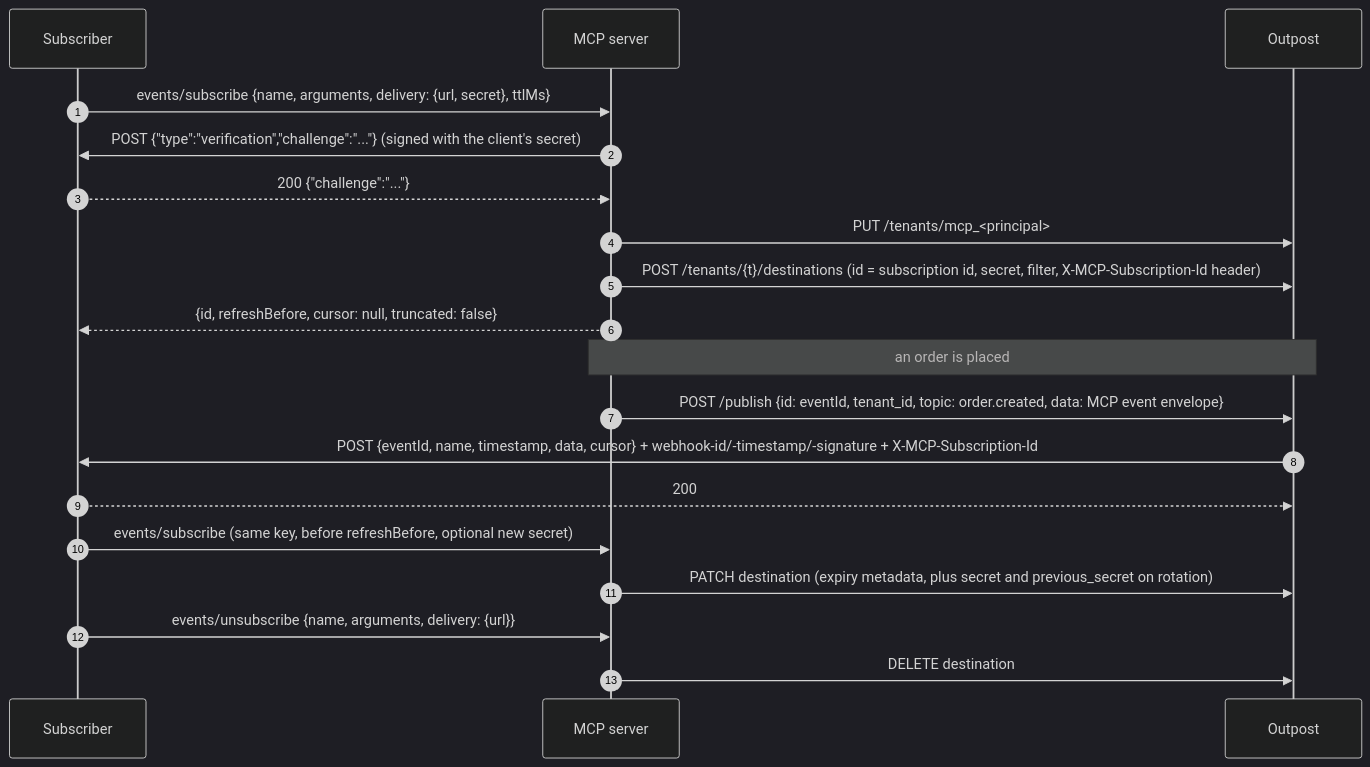
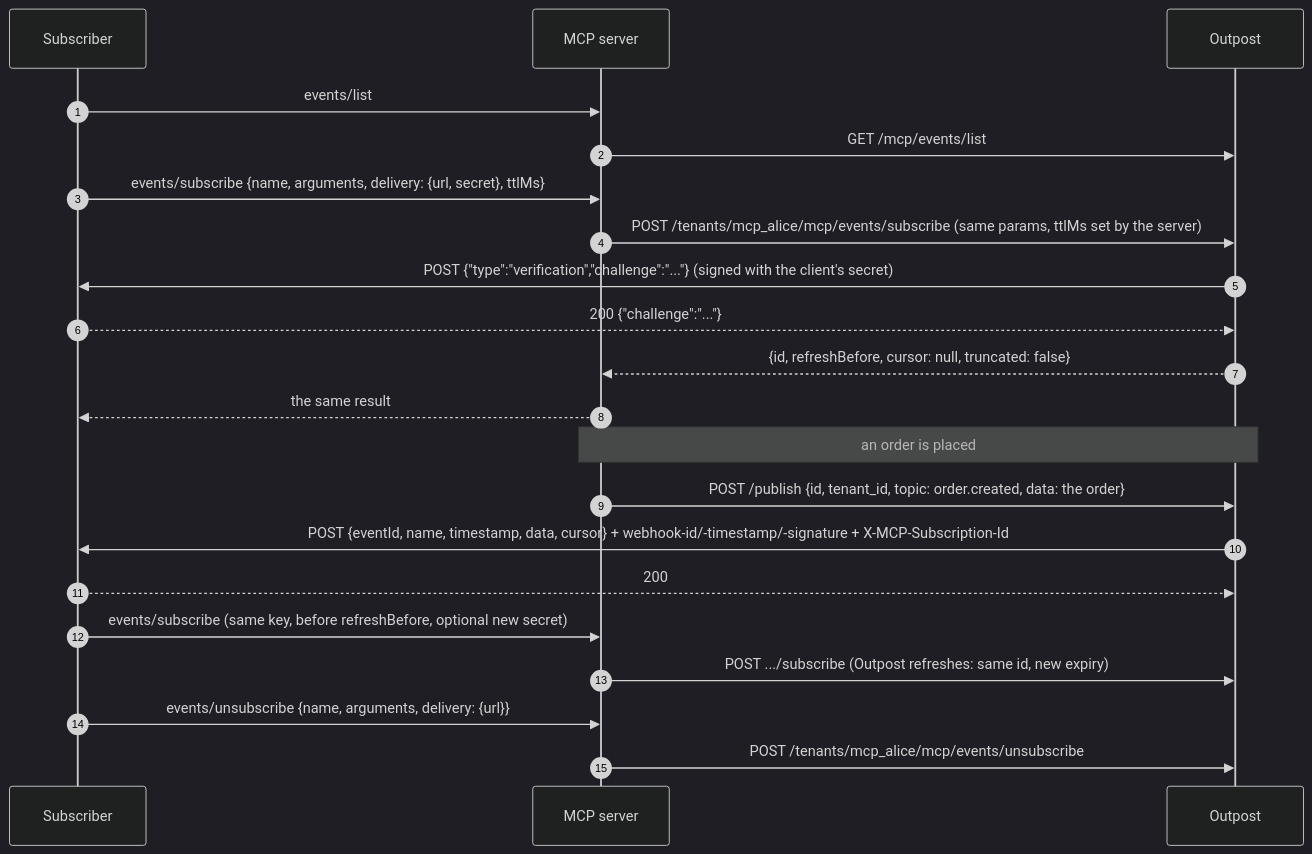
The second of 2 diagrams in README.md (hookdeck/mcp-events-outpost-demo), drawn with Mermaid (dark theme) before and after one commit. The commit also changed other lines of this file and 1 other file, not shown here.

First line of the commit message:
docs: describe the native Outpost MCP Events flow

````diff
--- a/README.md
+++ b/README.md
@@ -158,21 +123,23 @@
 ```mermaid
 sequenceDiagram
     autonumber
     participant C as Subscriber
     participant S as MCP server
     participant O as Outpost
+    C->>S: events/list
+    S->>O: GET /mcp/events/list
     C->>S: events/subscribe {name, arguments, delivery: {url, secret}, ttlMs}
-    S->>C: POST {"type":"verification","challenge":"..."} (signed with the client's secret)
-    C-->>S: 200 {"challenge":"..."}
-    S->>O: PUT /tenants/mcp_<principal>
-    S->>O: POST /tenants/{t}/destinations (id = subscription id, secret, filter, X-MCP-Subscription-Id header)
-    S-->>C: {id, refreshBefore, cursor: null, truncated: false}
+    S->>O: POST /tenants/mcp_alice/mcp/events/subscribe (same params, ttlMs set by the server)
+    O->>C: POST {"type":"verification","challenge":"..."} (signed with the client's secret)
+    C-->>O: 200 {"challenge":"..."}
+    O-->>S: {id, refreshBefore, cursor: null, truncated: false}
+    S-->>C: the same result
     Note over S,O: an order is placed
-    S->>O: POST /publish {id: eventId, tenant_id, topic: order.created, data: MCP event envelope}
+    S->>O: POST /publish {id, tenant_id, topic: order.created, data: the order}
     O->>C: POST {eventId, name, timestamp, data, cursor} + webhook-id/-timestamp/-signature + X-MCP-Subscription-Id
     C-->>O: 200
     C->>S: events/subscribe (same key, before refreshBefore, optional new secret)
-    S->>O: PATCH destination (expiry metadata, plus secret and previous_secret on rotation)
+    S->>O: POST .../subscribe (Outpost refreshes: same id, new expiry)
     C->>S: events/unsubscribe {name, arguments, delivery: {url}}
-    S->>O: DELETE destination
+    S->>O: POST /tenants/mcp_alice/mcp/events/unsubscribe
 ```
````
